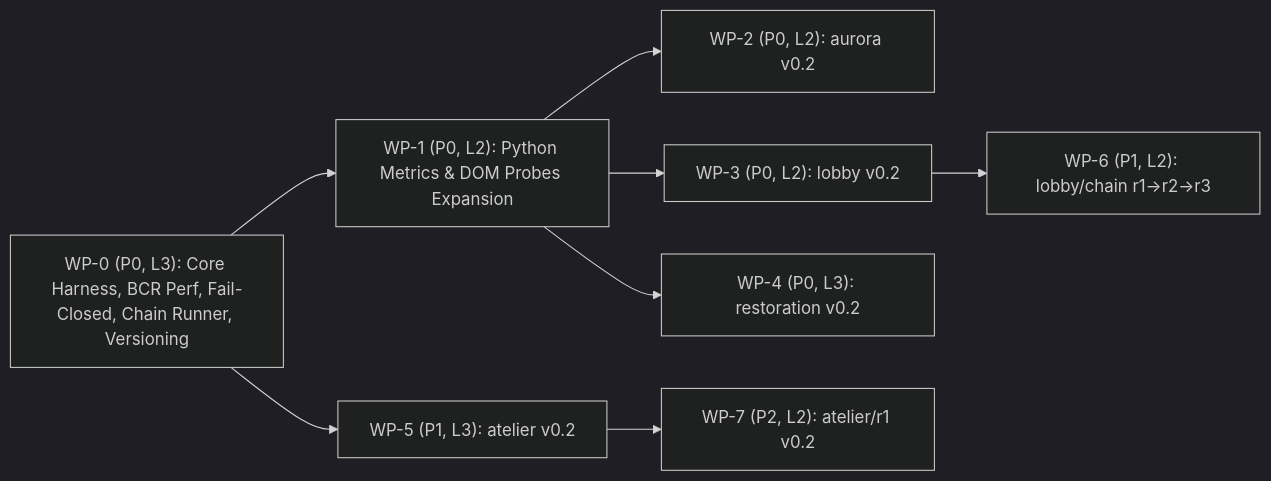
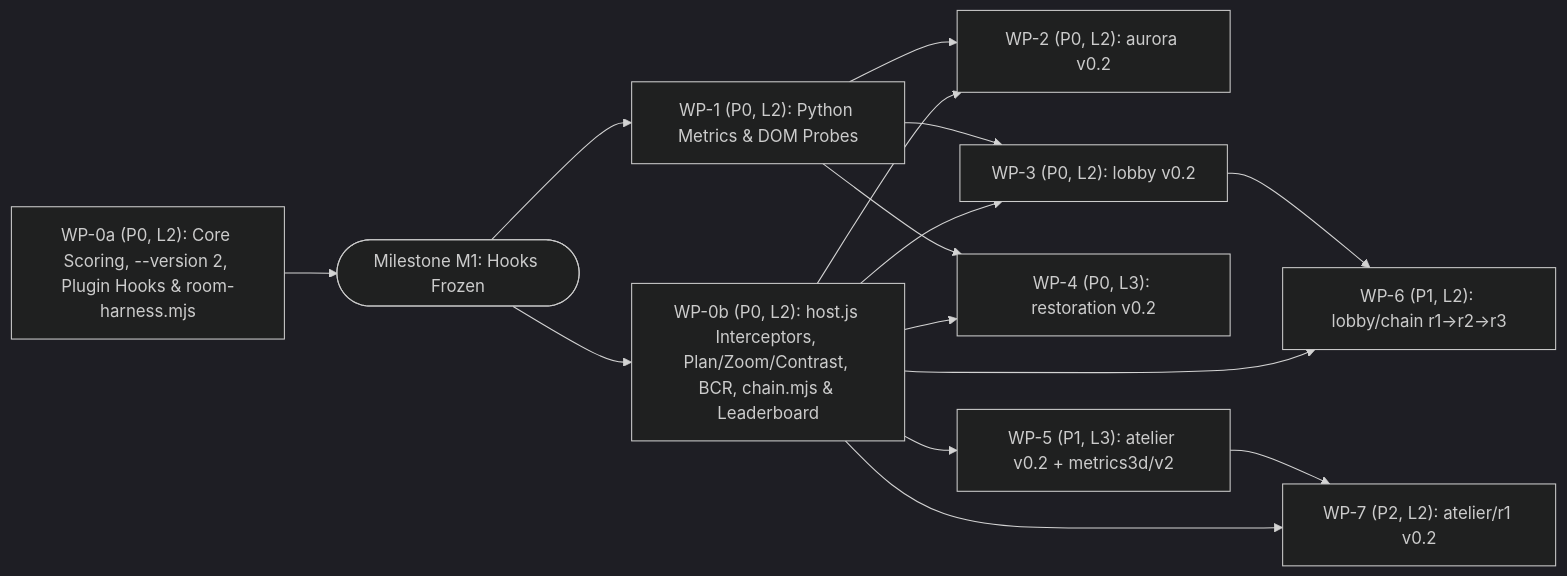
Before and after one commit to Deopoler/mol-bench: the diagram in docs/V02-DESIGN.md, drawn with Mermaid (dark theme). The commit also changed other lines of this file, not shown here.

````diff
--- a/docs/V02-DESIGN.md
+++ b/docs/V02-DESIGN.md
@@ -499,19 +495,28 @@
 ```mermaid
 flowchart LR
-  WP0["WP-0 (P0, L3): Core Harness, BCR Perf, Fail-Closed, Chain Runner, Versioning"]
-  WP1["WP-1 (P0, L2): Python Metrics & DOM Probes Expansion"]
+  WP0a["WP-0a (P0, L2): Core Scoring, --version 2, Plugin Hooks & room-harness.mjs"]
+  M1(["Milestone M1: Hooks Frozen"])
+  WP0b["WP-0b (P0, L2): host.js Interceptors, Plan/Zoom/Contrast, BCR, chain.mjs & Leaderboard"]
+  WP1["WP-1 (P0, L2): Python Metrics & DOM Probes"]
   WP2["WP-2 (P0, L2): aurora v0.2"]
   WP3["WP-3 (P0, L2): lobby v0.2"]
   WP4["WP-4 (P0, L3): restoration v0.2"]
-  WP5["WP-5 (P1, L3): atelier v0.2"]
+  WP5["WP-5 (P1, L3): atelier v0.2 + metrics3d/v2"]
   WP6["WP-6 (P1, L2): lobby/chain r1->r2->r3"]
   WP7["WP-7 (P2, L2): atelier/r1 v0.2"]
 
-  WP0 --> WP1
+  WP0a --> M1
+  M1 --> WP0b
+  M1 --> WP1
+  WP0b --> WP2
   WP1 --> WP2
+  WP0b --> WP3
   WP1 --> WP3
+  WP0b --> WP4
   WP1 --> WP4
-  WP0 --> WP5
+  WP0b --> WP5
+  WP0b --> WP6
   WP3 --> WP6
+  WP0b --> WP7
   WP5 --> WP7
 ```
````
